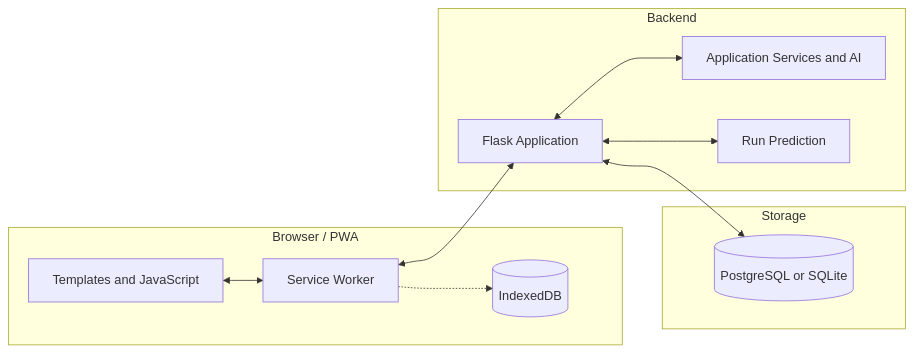
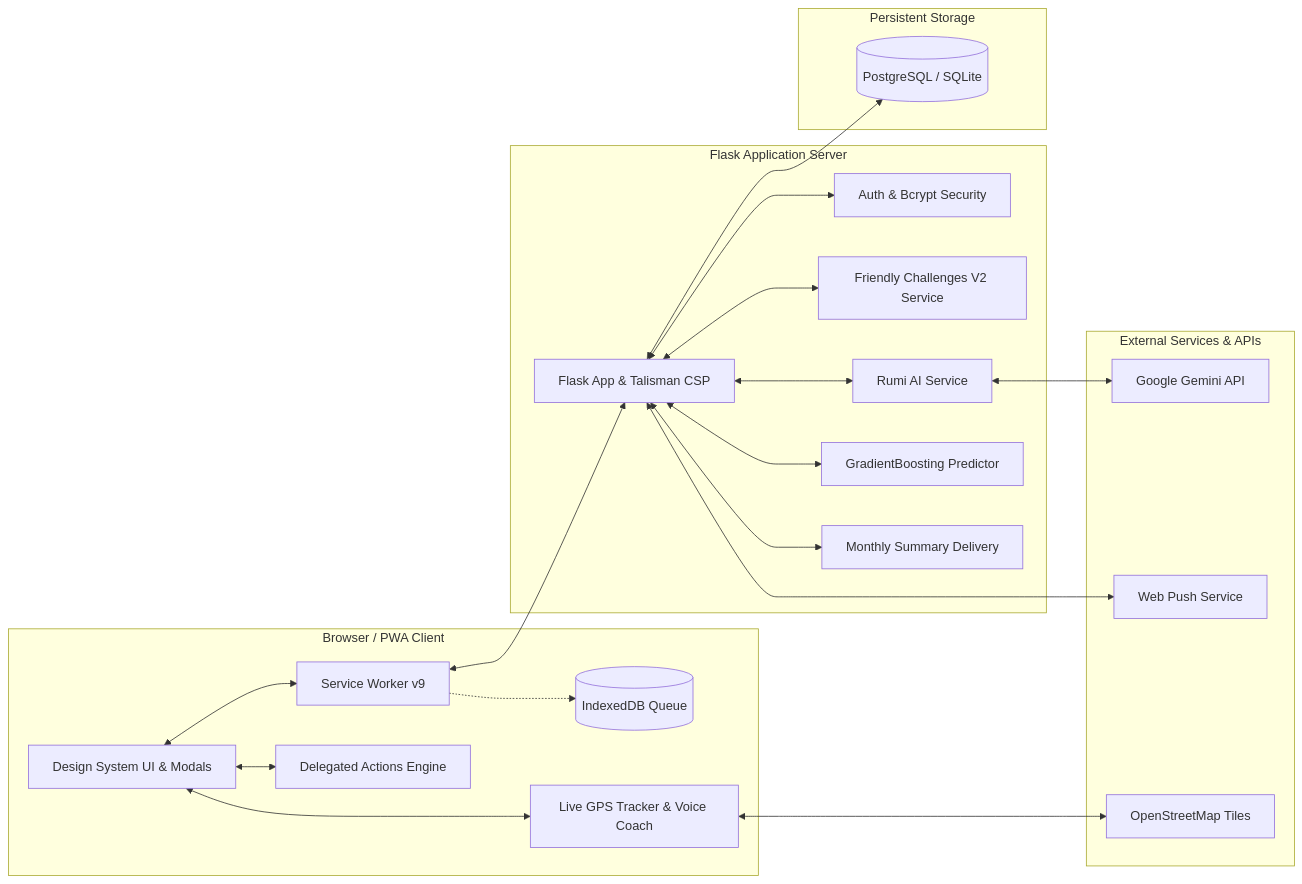
Before and after one commit to Yajat-Sharma/Runrush: the second of 2 diagrams in README.md, drawn with Mermaid. The commit also changed other lines of this file and 2 other files, not shown here.

````diff
--- a/README.md
+++ b/README.md
@@ -105,22 +107,44 @@
 ```mermaid
 flowchart LR
-    subgraph Client [Browser / PWA]
-        UI[Templates and JavaScript]
-        SW[Service Worker]
-        IDB[(IndexedDB)]
+    subgraph Client [Browser / PWA Client]
+        UI[Design System UI & Modals]
+        SW[Service Worker v9]
+        IDB[(IndexedDB Queue)]
+        LiveGPS[Live GPS Tracker & Voice Coach]
+        Actions[Delegated Actions Engine]
     end
-    subgraph Server [Backend]
-        Flask[Flask Application]
-        Services[Application Services and AI]
-        ML[Run Prediction]
+
+    subgraph Server [Flask Application Server]
+        Flask[Flask App & Talisman CSP]
+        Auth[Auth & Bcrypt Security]
+        Challenges[Friendly Challenges V2 Service]
+        Rumi[Rumi AI Service]
+        ML[GradientBoosting Predictor]
+        Reports[Monthly Summary Delivery]
     end
-    subgraph Data [Storage]
-        DB[(PostgreSQL or SQLite)]
+
+    subgraph External [External Services & APIs]
+        Gemini[Google Gemini API]
+        Push[Web Push Service]
+        Tiles[OpenStreetMap Tiles]
     end
+
+    subgraph Storage [Persistent Storage]
+        DB[(PostgreSQL / SQLite)]
+    end
+
+    UI <--> Actions
+    UI <--> LiveGPS
     UI <--> SW
     SW -.-> IDB
     SW <--> Flask
-    Flask <--> Services
+    Flask <--> Auth
+    Flask <--> Challenges
+    Flask <--> Rumi
     Flask <--> ML
+    Flask <--> Reports
     Flask <--> DB
+    Rumi <--> Gemini
+    Flask <--> Push
+    LiveGPS <--> Tiles
 ```
````
